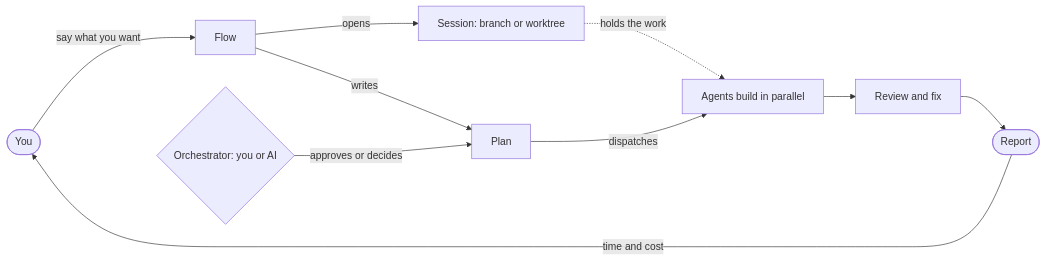
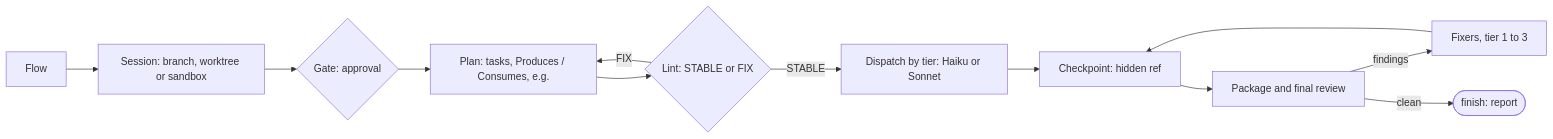
Before and after one commit to iha2/superlite: the diagram in src/content/docs/start/concepts.mdx, drawn with Mermaid. The commit also changed other lines of this file, not shown here.

````diff
--- a/src/content/docs/start/concepts.mdx
+++ b/src/content/docs/start/concepts.mdx
@@ -14,12 +14,14 @@
 ```mermaid
 flowchart LR
-  Y(["You"]) -->|"say what you want"| F["Flow"]
-  F -->|"opens"| S["Session: branch or worktree"]
-  F -->|"writes"| P["Plan"]
-  O{"Orchestrator: you or AI"} -->|"approves or decides"| P
-  P -->|"dispatches"| A["Agents build in parallel"]
-  S -.->|"holds the work"| A
-  A --> R["Review and fix"]
-  R --> RP(["Report"])
-  RP -->|"time and cost"| Y
+  F["Flow"] --> S["Session: branch, worktree or sandbox"]
+  S --> G{"Gate: approval"}
+  G --> P["Plan: tasks, Produces / Consumes, e.g."]
+  P --> L{"Lint: STABLE or FIX"}
+  L -->|"FIX"| P
+  L -->|"STABLE"| D["Dispatch by tier: Haiku or Sonnet"]
+  D --> C["Checkpoint: hidden ref"]
+  C --> R["Package and final review"]
+  R -->|"findings"| X["Fixers, tier 1 to 3"]
+  X --> C
+  R -->|"clean"| RP(["finish: report"])
 ```
````
